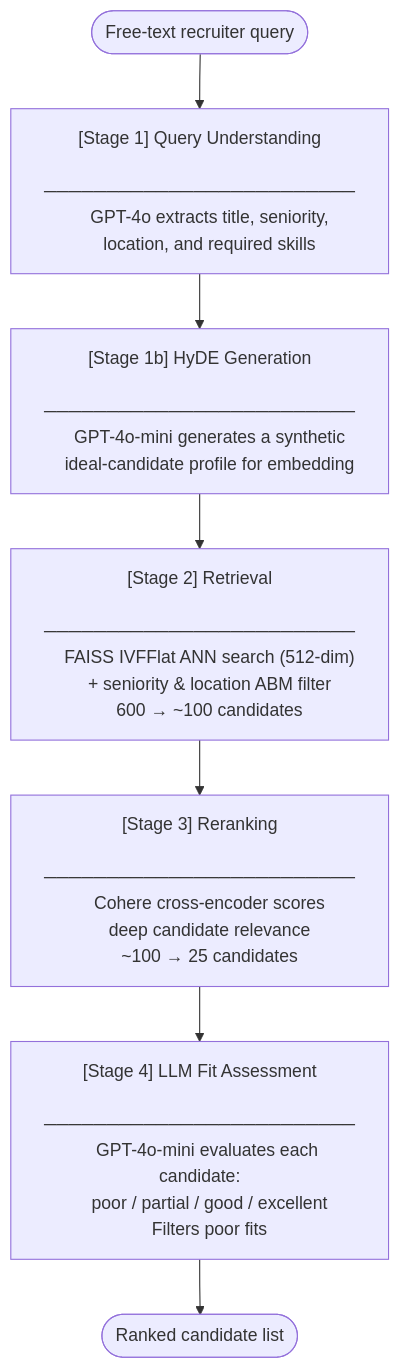
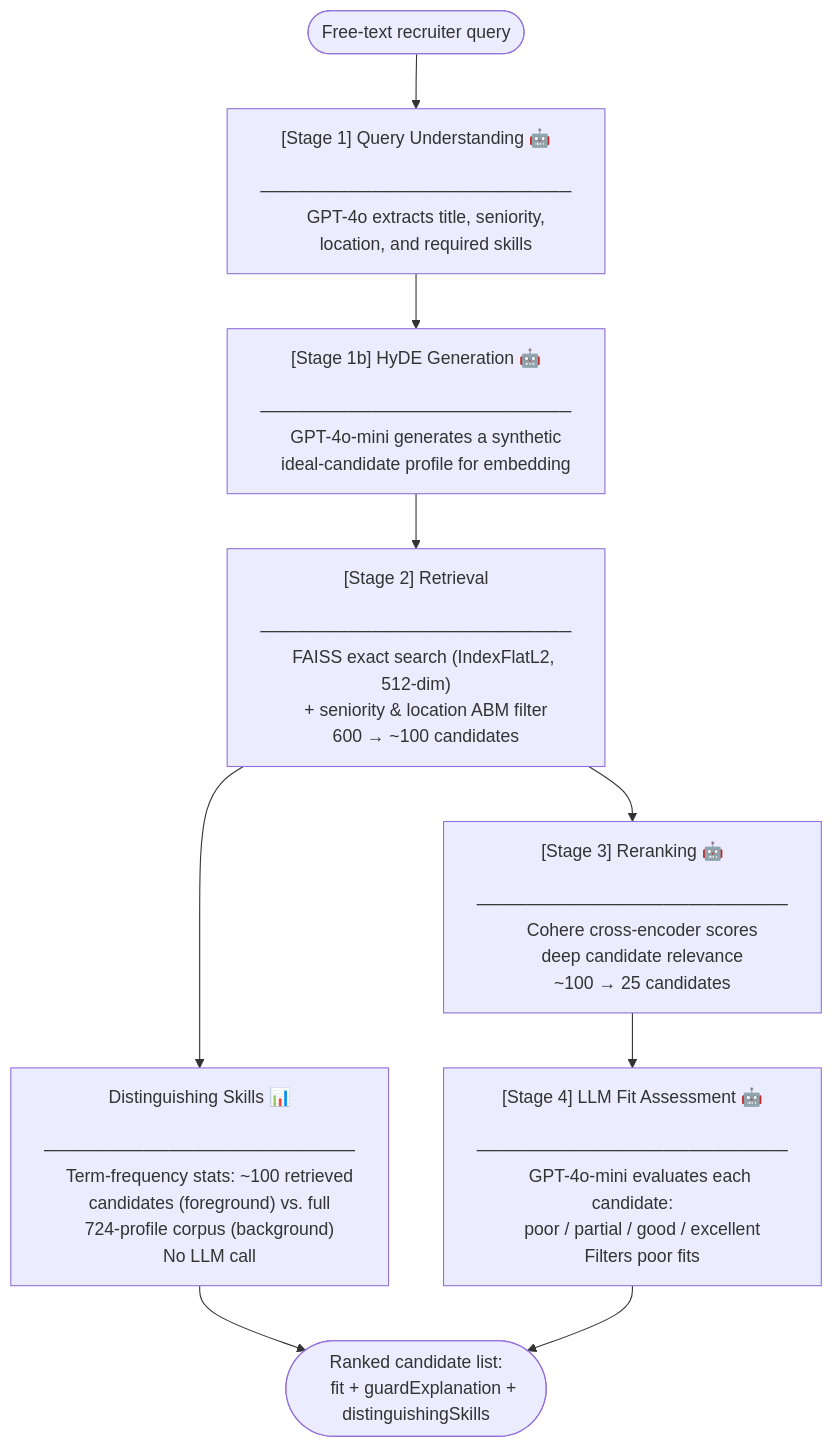
One commit to ajayp/llm-candidate-search changed the first of 2 diagrams in README.md. Above: the diagram before and after it, drawn with Mermaid. The commit also changed other lines of this file and 19 other files, not shown here.

First line of the commit message:
Add statistical distinguishing-skills signal alongside LLM guard

````diff
--- a/README.md
+++ b/README.md
@@ -78,34 +89,43 @@
 ```mermaid
 flowchart TD
     A([Free-text recruiter query]) --> B
 
-    B["[Stage 1] Query Understanding
+    B["[Stage 1] Query Understanding 🤖
     ─────────────────────────
     GPT-4o extracts title, seniority,
     location, and required skills"]
 
-    B --> C["[Stage 1b] HyDE Generation
+    B --> C["[Stage 1b] HyDE Generation 🤖
     ─────────────────────────
     GPT-4o-mini generates a synthetic
     ideal-candidate profile for embedding"]
 
     C --> D["[Stage 2] Retrieval
     ─────────────────────────
-    FAISS IVFFlat ANN search (512-dim)
+    FAISS exact search (IndexFlatL2, 512-dim)
     + seniority &amp; location ABM filter
     600 → ~100 candidates"]
 
-    D --> E["[Stage 3] Reranking
+    D --> E["[Stage 3] Reranking 🤖
     ─────────────────────────
     Cohere cross-encoder scores
     deep candidate relevance
     ~100 → 25 candidates"]
 
-    E --> F["[Stage 4] LLM Fit Assessment
+    D --> M["Distinguishing Skills 📊
+    ─────────────────────────
+    Term-frequency stats: ~100 retrieved
+    candidates (foreground) vs. full
+    724-profile corpus (background)
+    No LLM call"]
+
+    E --> F["[Stage 4] LLM Fit Assessment 🤖
     ─────────────────────────
     GPT-4o-mini evaluates each candidate:
     poor / partial / good / excellent
     Filters poor fits"]
 
-    F --> G([Ranked candidate list])
+    M --> G
+    F --> G([Ranked candidate list:
+    fit + guardExplanation + distinguishingSkills])
 ```
````
